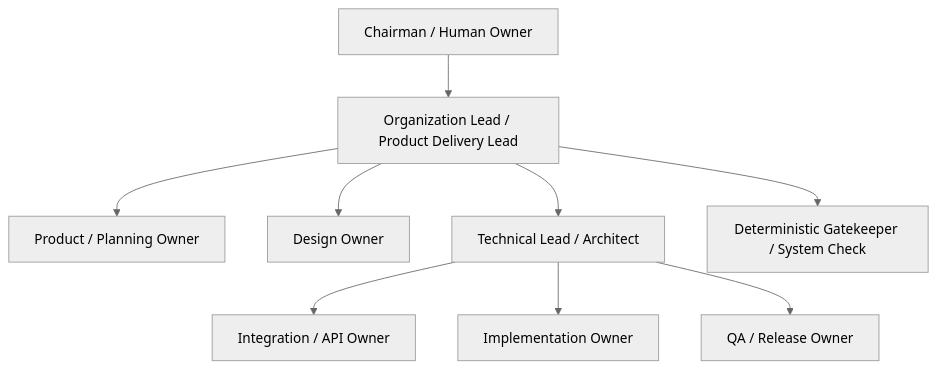
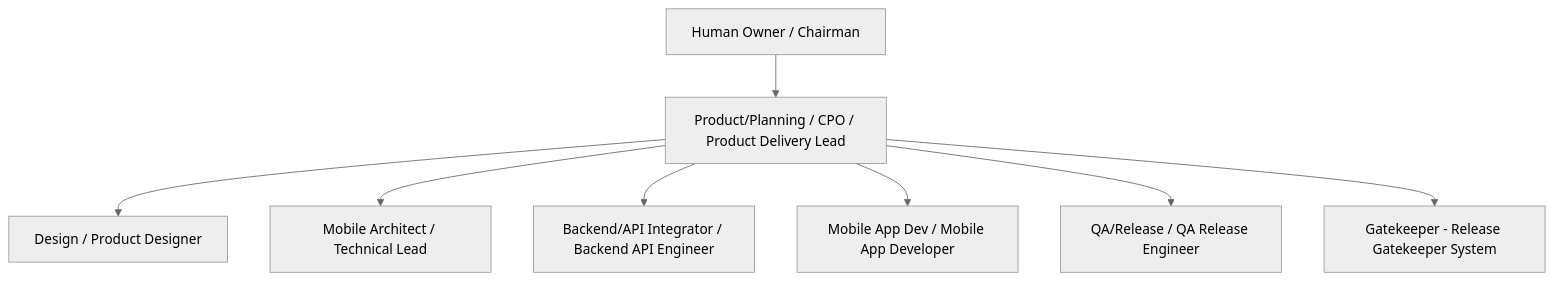
One commit to Wondermove-Inc/new-mobile-app changed the diagram in mobile-app-dev-team/runtime-sources/ORGANIZATIONS.md. Above: the diagram before and after it, drawn with Mermaid (neutral theme). The commit also changed other lines of this file and 22 other files, not shown here.

First line of the commit message:
docs: rename product planning workflow

````diff
--- a/mobile-app-dev-team/runtime-sources/ORGANIZATIONS.md
+++ b/mobile-app-dev-team/runtime-sources/ORGANIZATIONS.md
@@ -72,11 +269,10 @@
 ```mermaid
 flowchart TD
-  HumanOwner[Chairman / Human Owner] --> OrgLead[Organization Lead / Product Delivery Lead]
-  OrgLead --> Product[Product / Planning Owner]
-  OrgLead --> Design[Design Owner]
-  OrgLead --> Tech[Technical Lead / Architect]
-  Tech --> Integration[Integration / API Owner]
-  Tech --> Implementation[Implementation Owner]
-  Tech --> QA[QA / Release Owner]
-  OrgLead --> Gatekeeper[Deterministic Gatekeeper / System Check]
+  HumanOwner[Human Owner / Chairman] --> ProductPlanning[Product/Planning / CPO / Product Delivery Lead]
+  ProductPlanning --> Design[Design / Product Designer]
+  ProductPlanning --> Architect[Mobile Architect / Technical Lead]
+  ProductPlanning --> Integration[Backend/API Integrator / Backend API Engineer]
+  ProductPlanning --> Implementation[Mobile App Dev / Mobile App Developer]
+  ProductPlanning --> QA[QA/Release / QA Release Engineer]
+  ProductPlanning --> Gatekeeper[Gatekeeper - Release Gatekeeper System]
 ```
````
